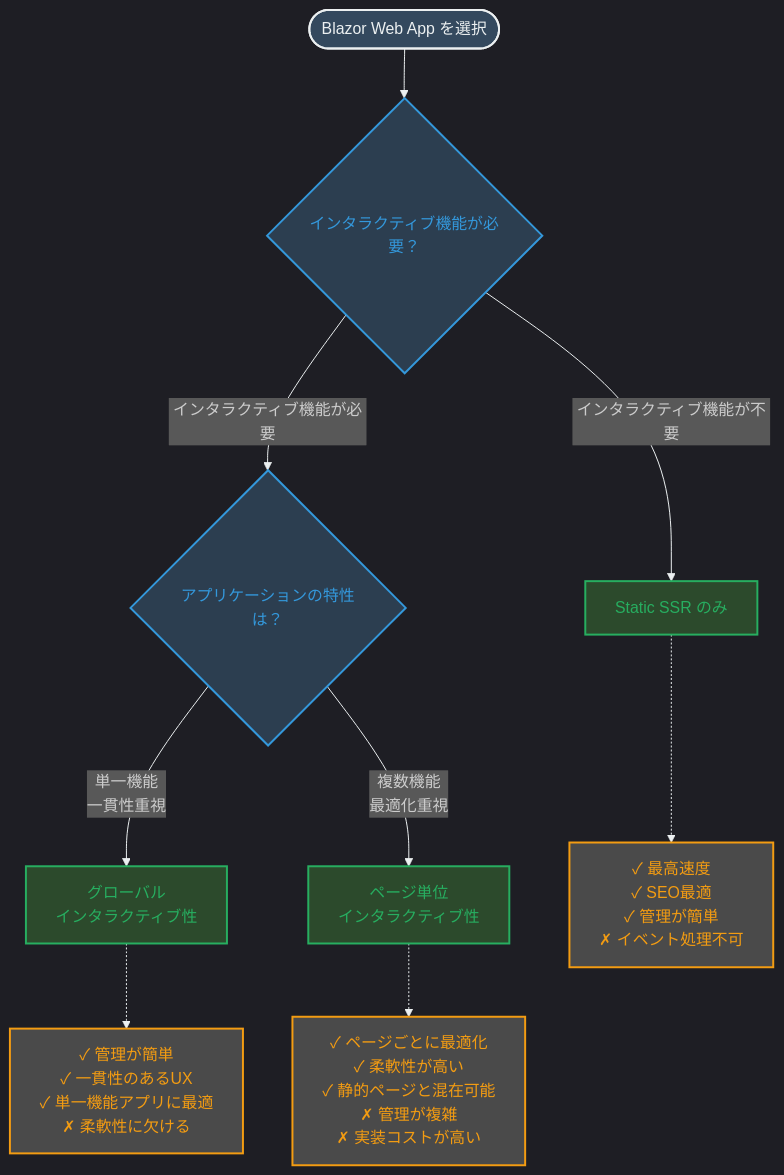
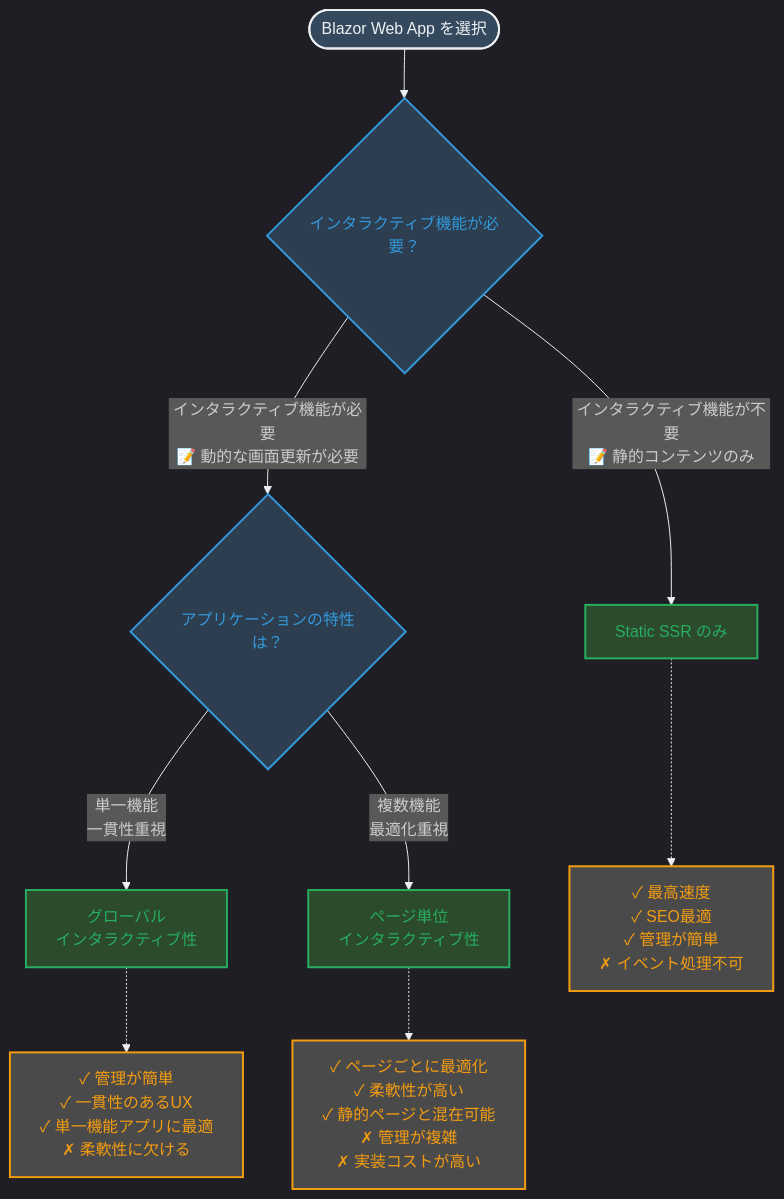
Before and after one commit to runceel/BlazorMode: the second of 3 diagrams in README.md, drawn with Mermaid. The commit also changed other lines of this file, not shown here.

````diff
--- a/README.md
+++ b/README.md
@@ -128,27 +134,27 @@
 ```mermaid
 %%{init: {'theme':'dark', 'themeVariables': { 'primaryColor': '#2c3e50', 'primaryTextColor': '#ecf0f1', 'primaryBorderColor': '#3498db', 'lineColor': '#ecf0f1', 'secondaryColor': '#34495e', 'tertiaryColor': '#4a4a4a'}}}%%
 flowchart TD
     Start([Blazor Web App を選択]) --> Interactive{インタラクティブ機能が必要？}
     
-    Interactive -->|インタラクティブ機能が不要| StaticSSR[Static SSR のみ]
-    Interactive -->|インタラクティブ機能が必要| AppType{アプリケーションの特性は？}
+    Interactive -->|インタラクティブ機能が不要<br/>📝 静的コンテンツのみ| StaticSSR[Static SSR のみ]
+    Interactive -->|インタラクティブ機能が必要<br/>📝 動的な画面更新が必要| AppType{アプリケーションの特性は？}
     
     AppType -->|単一機能<br/>一貫性重視| Global[グローバル<br/>インタラクティブ性]
     AppType -->|複数機能<br/>最適化重視| PerPage[ページ単位<br/>インタラクティブ性]
     
     %% 補足情報
     StaticSSR -.-> StaticFeatures[✓ 最高速度<br/>✓ SEO最適<br/>✓ 管理が簡単<br/>✗ イベント処理不可]
     Global -.-> GlobalFeatures[✓ 管理が簡単<br/>✓ 一貫性のあるUX<br/>✓ 単一機能アプリに最適<br/>✗ 柔軟性に欠ける]
     PerPage -.-> PerPageFeatures[✓ ページごとに最適化<br/>✓ 柔軟性が高い<br/>✓ 静的ページと混在可能<br/>✗ 管理が複雑<br/>✗ 実装コストが高い]
     
     %% スタイリング
     classDef decision fill:#2c3e50,stroke:#3498db,stroke-width:2px,color:#3498db
     classDef endpoint fill:#2c4a2c,stroke:#27ae60,stroke-width:2px,color:#27ae60
     classDef info fill:#4a4a4a,stroke:#f39c12,stroke-width:2px,color:#f39c12
     classDef start fill:#34495e,stroke:#ecf0f1,stroke-width:2px,color:#ecf0f1
     
     class Interactive,AppType decision
     class StaticSSR,Global,PerPage endpoint
     class StaticFeatures,GlobalFeatures,PerPageFeatures info
     class Start start
 ```
````
